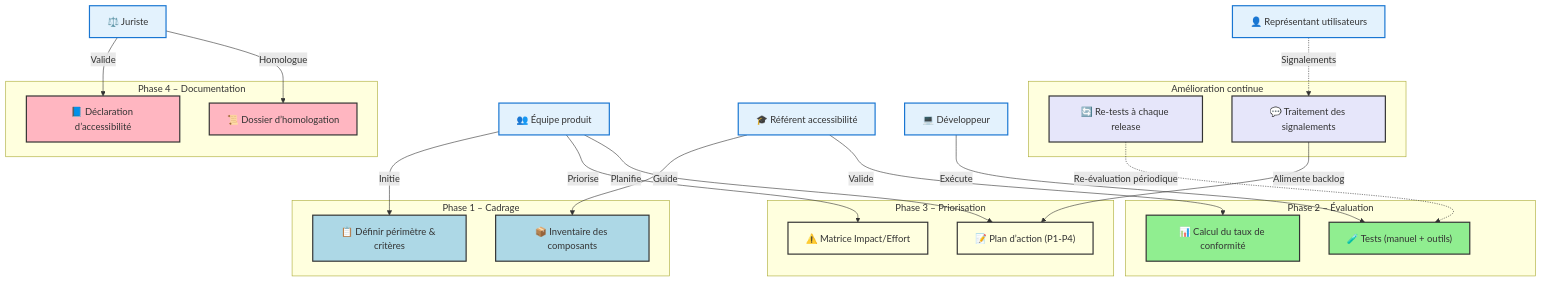
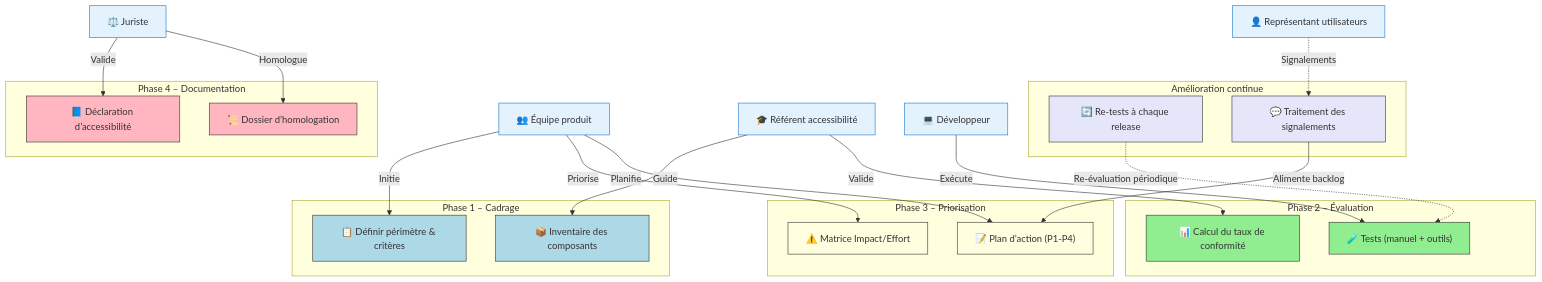
Before and after one commit to warchosian/ambulon: the diagram in workplace-ambulon/delivrables/agile-back.rgaa.mmd.gpt-oss_120b-cloud.md, drawn with Mermaid. The commit also changed 161 other files, not shown here.

First line of the commit message:
fix: correct Mermaid diagram syntax errors across all generated files

````diff
--- a/workplace-ambulon/delivrables/agile-back.rgaa.mmd.gpt-oss_120b-cloud.md
+++ b/workplace-ambulon/delivrables/agile-back.rgaa.mmd.gpt-oss_120b-cloud.md
@@ -200,63 +200,57 @@
 ```mermaid
 graph TB
-    %% Acteurs
+    %% Acteurs;
     team["👥 Équipe produit"]
     ref["🎓 Référent accessibilité"]
     dev["💻 Développeur"]
     jur["⚖️ Juriste"]
     user["👤 Représentant utilisateurs"]
 
-    %% Phases
+    %% Phases;
     subgraph phase1["Phase 1 – Cadrage"]
         step1["📋 Définir périmètre & critères"]
         step2["📦 Inventaire des composants"]
     end
-
     subgraph phase2["Phase 2 – Évaluation"]
         step3["🧪 Tests (manuel + outils)"]
         step4["📊 Calcul du taux de conformité"]
     end
-
     subgraph phase3["Phase 3 – Priorisation"]
         step5["⚠️ Matrice Impact/Effort"]
         step6["📝 Plan d’action (P1‑P4)"]
     end
-
     subgraph phase4["Phase 4 – Documentation"]
         step7["📘 Déclaration d’accessibilité"]
         step8["📜 Dossier d’homologation"]
     end
-
     subgraph loop["Amélioration continue"]
         monitor["🔄 Re‑tests à chaque release"]
         feedback["💬 Traitement des signalements"]
     end
-
-    %% Flux
-    team -->|Initie| step1
-    ref -->|Guide| step2
-    dev -->|Exécute| step3
-    ref -->|Valide| step4
-    team -->|Priorise| step5
-    team -->|Planifie| step6
-    jur -->|Valide| step7
-    jur -->|Homologue| step8
-    user -.->|Signalements| feedback
-    feedback -->|Alimente backlog| step6
-    monitor -.->|Re‑évaluation périodique| step3
-
-    %% Styles
-    classDef acteur fill:#E3F2FD,stroke:#1976D2,stroke-width:2px;
-    classDef phase1 fill:#ADD8E6,stroke:#333,stroke-width:2px;
-    classDef phase2 fill:#90EE90,stroke:#333,stroke-width:2px;
-    classDef phase3 fill:#FFFFE0,stroke:#333,stroke-width:2px;
-    classDef phase4 fill:#FFB6C1,stroke:#333,stroke-width:2px;
-    classDef loop fill:#E6E6FA,stroke:#333,stroke-width:2px;
+    %% Flux;
+    team -->|Initie| step1;
+    ref -->|Guide| step2;
+    dev -->|Exécute| step3;
+    ref -->|Valide| step4;
+    team -->|Priorise| step5;
+    team -->|Planifie| step6;
+    jur -->|Valide| step7;
+    jur -->|Homologue| step8;
+    user -.->|Signalements| feedback;
+    feedback -->|Alimente backlog| step6;
+    monitor -.->|Re‑évaluation périodique| step3;
+    %% Styles;
+    classDef acteur fill:#E3F2FD,stroke:#1976D2,stroke-width_2px;
+    classDef phase1 fill:#ADD8E6,stroke:#333,stroke-width_2px;
+    classDef phase2 fill:#90EE90,stroke:#333,stroke-width_2px;
+    classDef phase3 fill:#FFFFE0,stroke:#333,stroke-width_2px;
+    classDef phase4 fill:#FFB6C1,stroke:#333,stroke-width_2px;
+    classDef loop fill:#E6E6FA,stroke:#333,stroke-width_2px;
 
     class team,ref,dev,jur,user acteur;
     class step1,step2 phase1;
     class step3,step4 phase2;
     class step5,step6 phase3;
     class step7,step8 phase4;
     class monitor,feedback loop;
 ```
````
